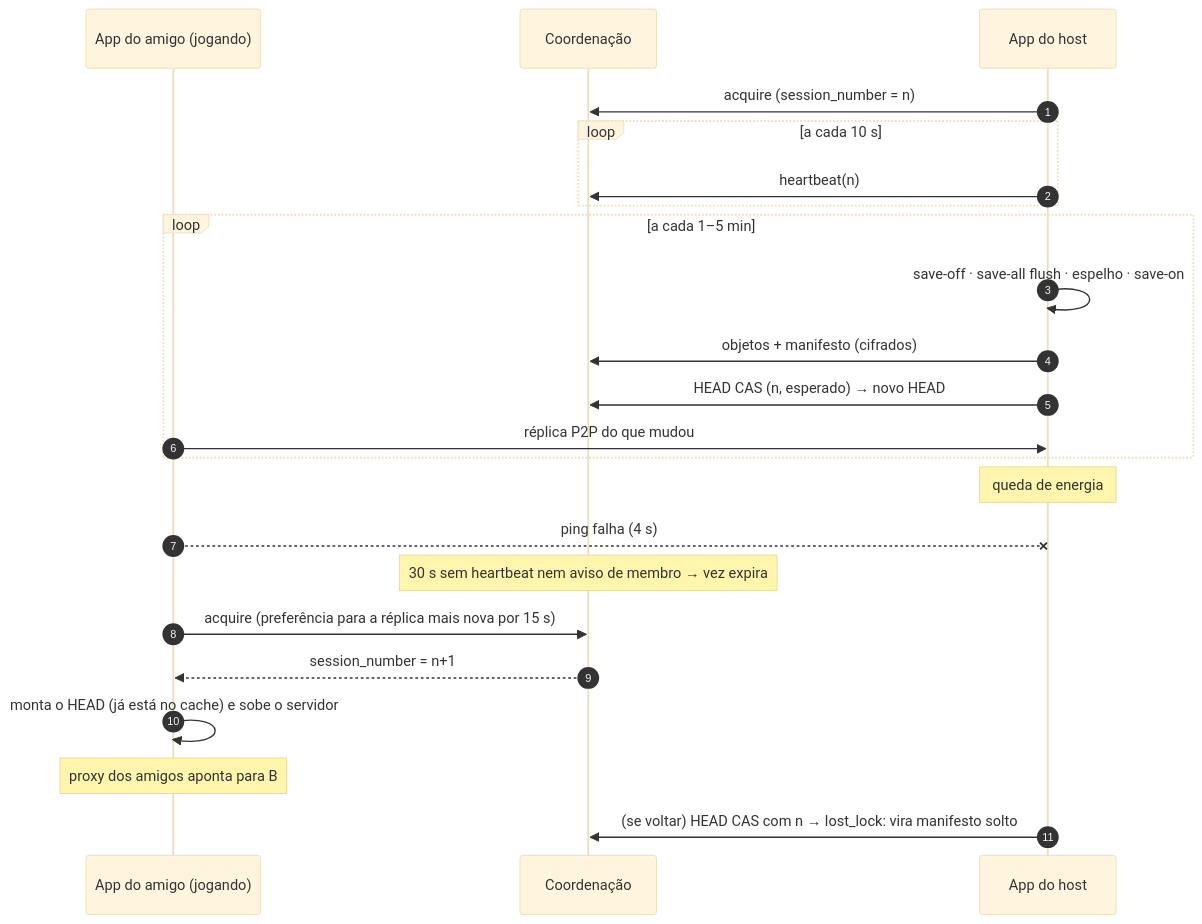
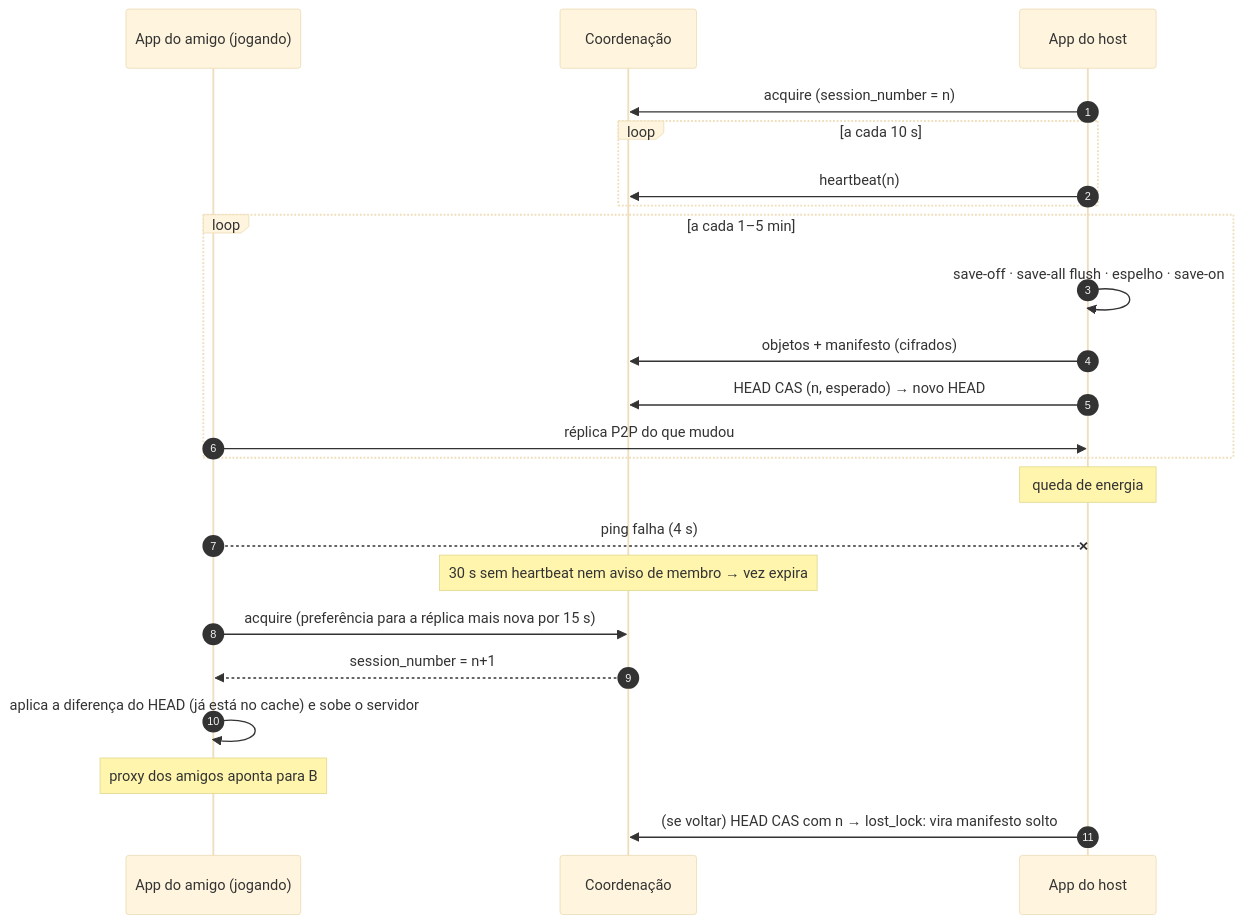
Before and after one commit to pauletor3world/pauletor3: the second of 2 diagrams in docs/arquitetura.md, drawn with Mermaid (base theme). The commit also changed other lines of this file and 24 other files, not shown here.

````diff
--- a/docs/arquitetura.md
+++ b/docs/arquitetura.md
@@ -36,25 +36,25 @@
 ```mermaid
 sequenceDiagram
   autonumber
   participant B as App do amigo (jogando)
   participant W as Coordenação
   participant A as App do host
   A->>W: acquire (session_number = n)
   loop a cada 10 s
     A->>W: heartbeat(n)
   end
   loop a cada 1–5 min
     A->>A: save-off · save-all flush · espelho · save-on
     A->>W: objetos + manifesto (cifrados)
     A->>W: HEAD CAS (n, esperado) → novo HEAD
     B->>A: réplica P2P do que mudou
   end
   Note over A: queda de energia
   B--xA: ping falha (4 s)
   Note over W: 30 s sem heartbeat nem aviso de membro → vez expira
   B->>W: acquire (preferência para a réplica mais nova por 15 s)
   W-->>B: session_number = n+1
-  B->>B: monta o HEAD (já está no cache) e sobe o servidor
+  B->>B: aplica a diferença do HEAD (já está no cache) e sobe o servidor
   Note over B: proxy dos amigos aponta para B
   A->>W: (se voltar) HEAD CAS com n → lost_lock: vira manifesto solto
 ```
````
